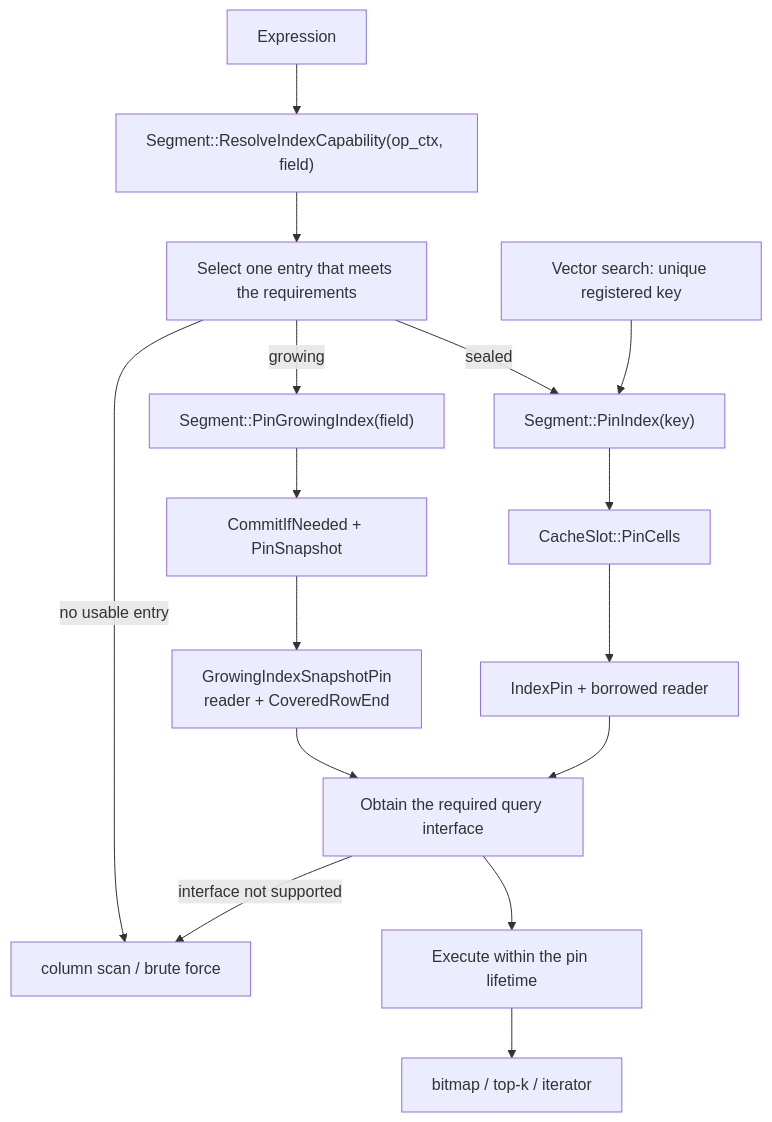
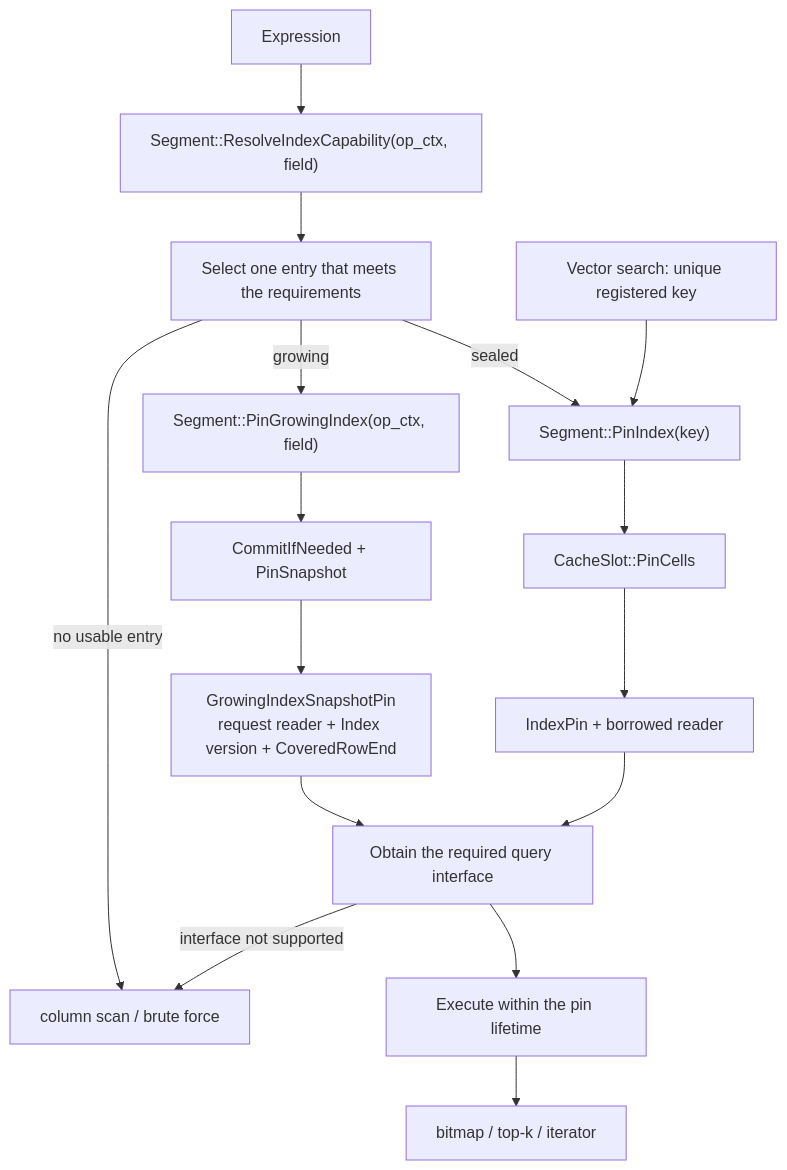
The second of 2 diagrams in internal/core/src/segcore/indexing/README.md (milvus-io/milvus), drawn with Mermaid before and after one commit. The commit also changed 23 other files, not shown here.

Commit message:
enhance: bind growing readers to request contexts

````diff
--- a/internal/core/src/segcore/indexing/README.md
+++ b/internal/core/src/segcore/indexing/README.md
@@ -106,22 +106,22 @@
 ```mermaid
 flowchart TB
     query["Expression"] --> caps["Segment::ResolveIndexCapability(op_ctx, field)"]
     caps --> select["Select one entry that meets the requirements"]
 
     select -->|sealed| spin["Segment::PinIndex(key)"]
     vector["Vector search: unique registered key"] --> spin
     spin --> cells["CacheSlot::PinCells"]
     cells --> indexpin["IndexPin + borrowed reader"]
 
-    select -->|growing| gpin["Segment::PinGrowingIndex(field)"]
+    select -->|growing| gpin["Segment::PinGrowingIndex(op_ctx, field)"]
     gpin --> commit["CommitIfNeeded + PinSnapshot"]
-    commit --> snapshot["GrowingIndexSnapshotPin<br/>reader + CoveredRowEnd"]
+    commit --> snapshot["GrowingIndexSnapshotPin<br/>request reader + Index version + CoveredRowEnd"]
 
     indexpin --> cast["Obtain the required query interface"]
     snapshot --> cast
     cast --> execute["Execute within the pin lifetime"]
     execute --> result["bitmap / top-k / iterator"]
 
     select -->|no usable entry| fallback["column scan / brute force"]
     cast -->|interface not supported| fallback
 ```
````
